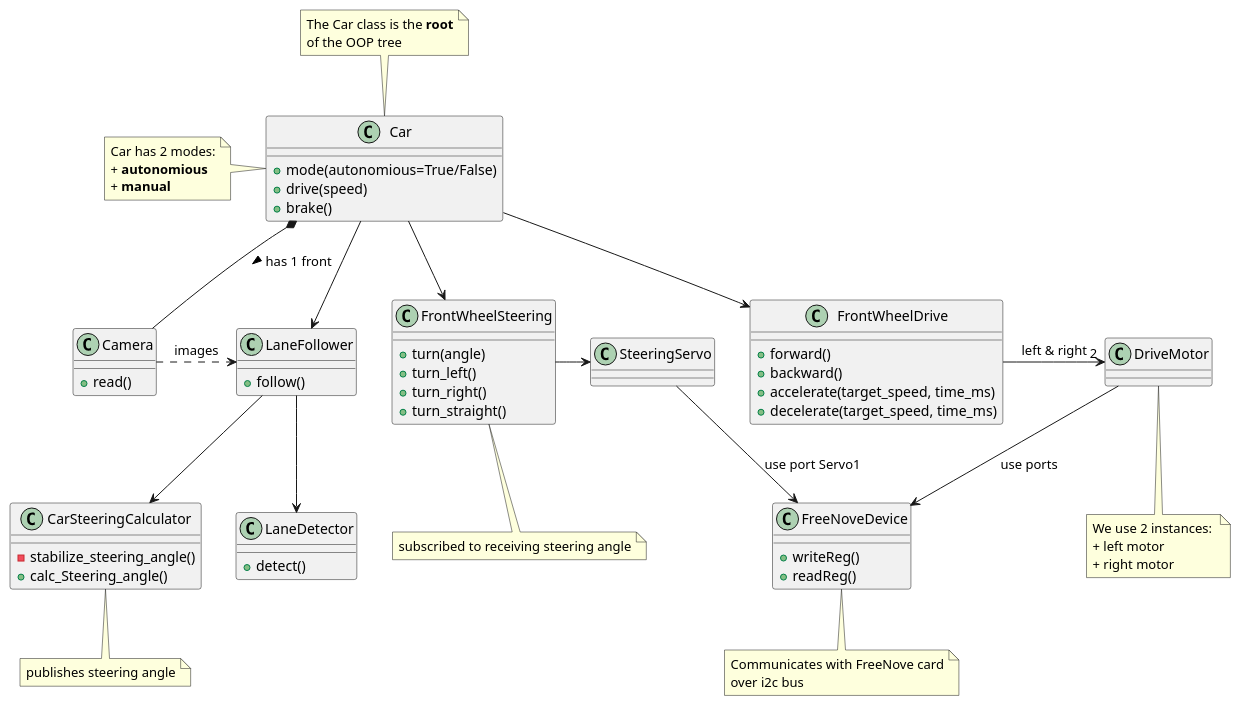
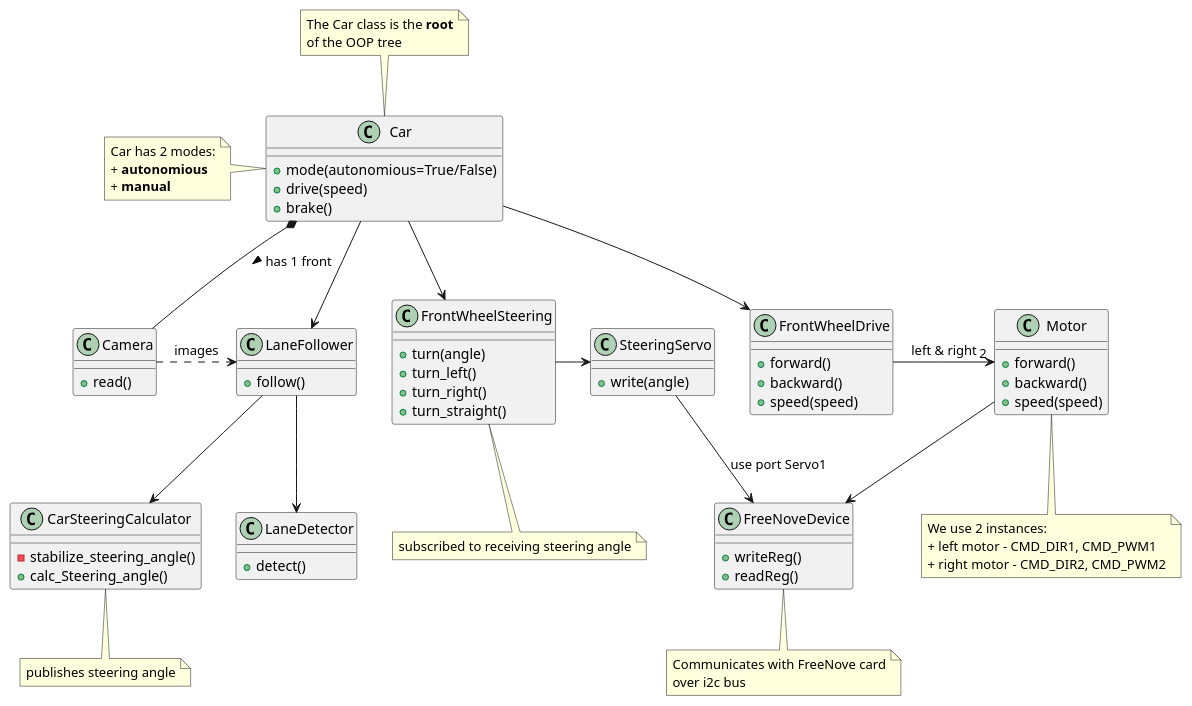
Before and after one commit to yahmlevi/robo_car: the diagram in robo-car/src/doc/uml.wsd, drawn with PlantUML. The commit also changed 3 other files, not shown here.

```diff
--- a/robo-car/src/doc/uml.wsd
+++ b/robo-car/src/doc/uml.wsd
@@ -1,94 +1,102 @@
 @startuml Test
 class Car {
     + mode(autonomious=True/False)
     + drive(speed)
     + brake()
 }
 
 note top of Car
 The Car class is the <b>root</b>
 of the OOP tree
 end note
 
 note left of Car
 Car has 2 modes:
 + <b>autonomious</b>
 + <b>manual</b>
 end note
 
 class FrontWheelDrive {
     + forward()
     + backward()
-    + accelerate(target_speed, time_ms)
-    + decelerate(target_speed, time_ms)
+    + speed(speed)
+}
+
+class Motor {
+    + forward()
+    + backward()
+    + speed(speed)
 }
 
 class FrontWheelSteering {
     + turn(angle)
     + turn_left()
     + turn_right()
     + turn_straight()
 }
 note bottom of FrontWheelSteering
 subscribed to receiving steering angle
 end note
 
+class SteeringServo {
+    + write(angle)
+}
 
 class Camera {
     + read()
 }
 
 class LaneFollower {
     + follow()
 }
 
 class LaneDetector {
     + detect()
 }
 
 class CarSteeringCalculator {
     - stabilize_steering_angle()
     + calc_Steering_angle()
 }
 note bottom of CarSteeringCalculator
 publishes steering angle
 end note
 
 class FreeNoveDevice {
     + writeReg()
     + readReg()
 }
 note bottom of FreeNoveDevice
 Communicates with FreeNove card
 over i2c bus
 end note
 
 
 
 Car *-- Camera: has 1 front >
 Car --> LaneFollower
 Car --> FrontWheelSteering
 Car --> FrontWheelDrive
 
 Camera .> LaneFollower : images
 
 LaneFollower --> LaneDetector
 LaneFollower --> CarSteeringCalculator
 
 
 
 FrontWheelSteering -> SteeringServo
 
 SteeringServo --> FreeNoveDevice : use port Servo1
 
 
-FrontWheelDrive -> "2" DriveMotor: left & right
-note bottom of DriveMotor
+FrontWheelDrive -> "2" Motor: left & right
+note bottom of Motor
 We use 2 instances: 
-+ left motor 
-+ right motor
++ left motor - CMD_DIR1, CMD_PWM1
++ right motor - CMD_DIR2, CMD_PWM2
 end note
 
-DriveMotor --> FreeNoveDevice : use ports 
+Motor --> FreeNoveDevice
 
 @enduml
```
